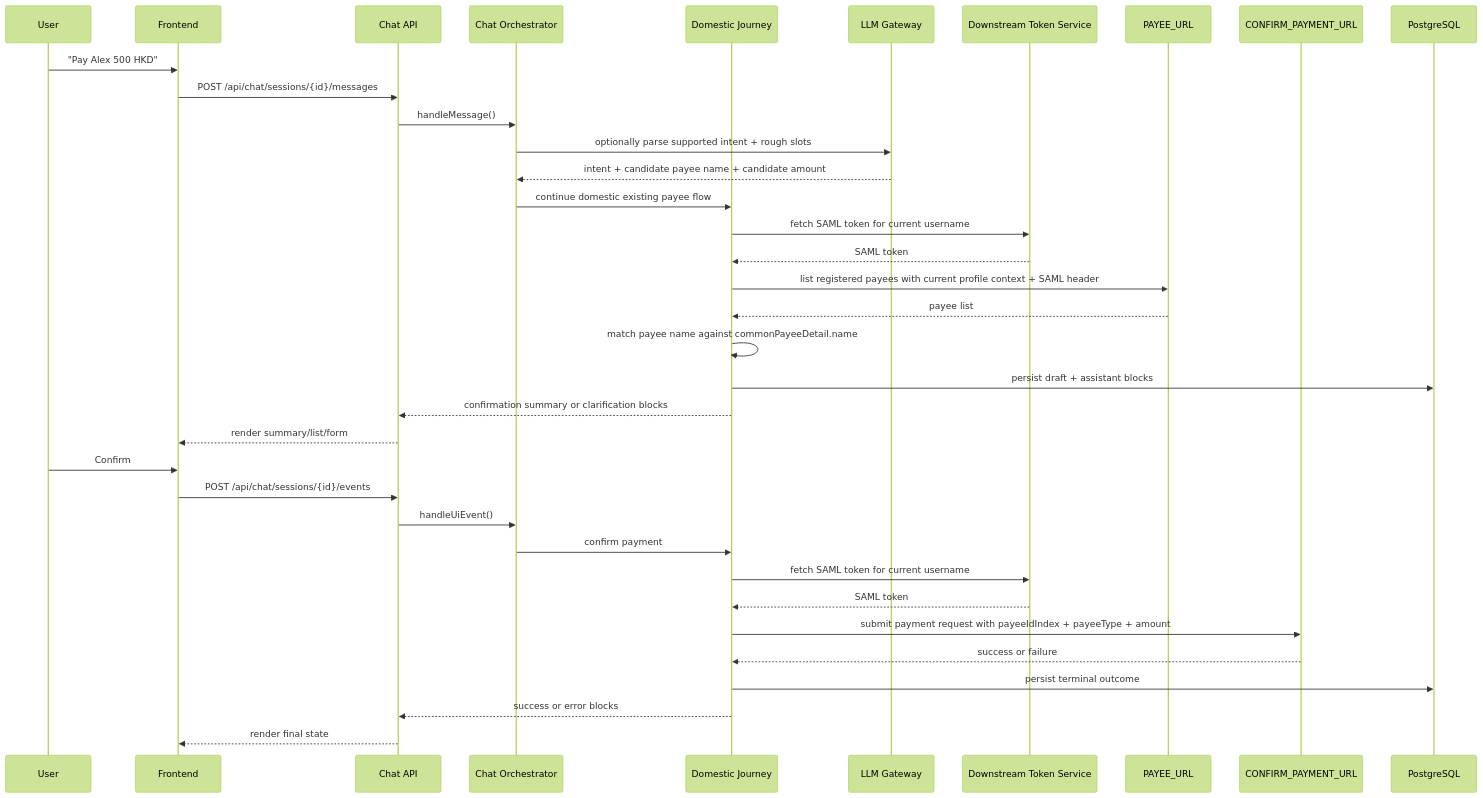
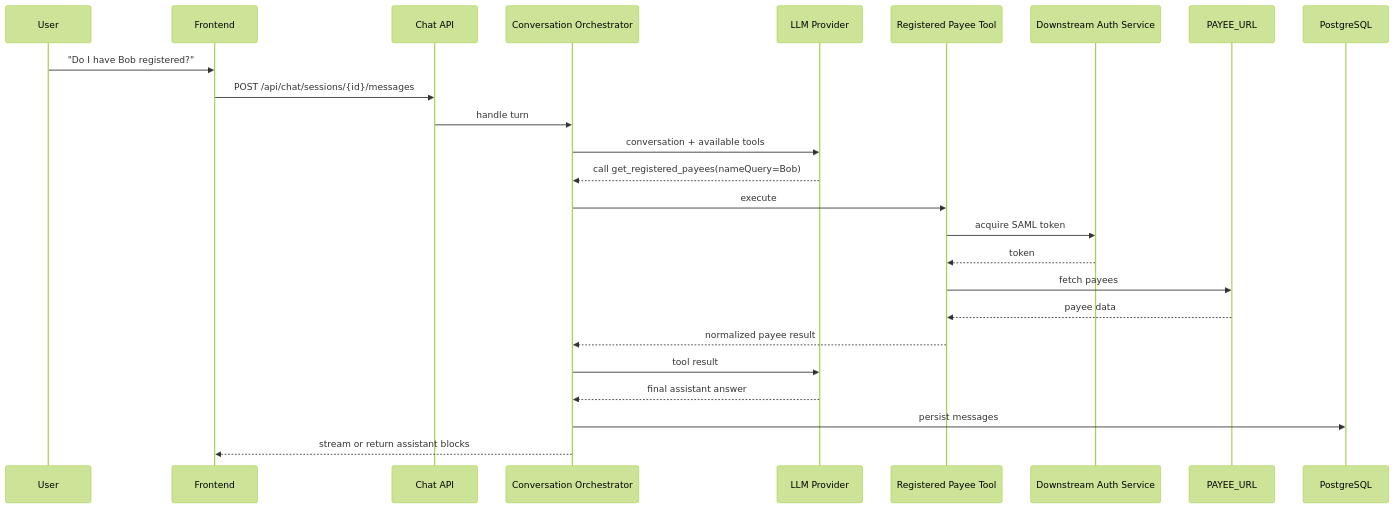
The third of 4 diagrams in docs/01-system_design.md (VictorZhong/chat2pay), drawn with Mermaid (forest theme) before and after one commit. The commit also changed other lines of this file and 10 other files, not shown here.

````diff
--- a/docs/01-system_design.md
+++ b/docs/01-system_design.md
@@ -393,41 +411,28 @@
 ```mermaid
 sequenceDiagram
     participant U as User
     participant FE as Frontend
     participant API as Chat API
-    participant ORC as Chat Orchestrator
-    participant J as Domestic Journey
-    participant LLM as LLM Gateway
-    participant AUTH as Downstream Token Service
+    participant ORC as Conversation Orchestrator
+    participant LLM as LLM Provider
+    participant TOOL as Registered Payee Tool
+    participant AUTH as Downstream Auth Service
     participant PAYEE as PAYEE_URL
-    participant CONFIRM as CONFIRM_PAYMENT_URL
     participant DB as PostgreSQL
 
-    U->>FE: "Pay Alex 500 HKD"
+    U->>FE: "Do I have Bob registered?"
     FE->>API: POST /api/chat/sessions/{id}/messages
-    API->>ORC: handleMessage()
-    ORC->>LLM: optionally parse supported intent + rough slots
-    LLM-->>ORC: intent + candidate payee name + candidate amount
-    ORC->>J: continue domestic existing payee flow
-
-    J->>AUTH: fetch SAML token for current username
-    AUTH-->>J: SAML token
-    J->>PAYEE: list registered payees with current profile context + SAML header
-    PAYEE-->>J: payee list
-    J->>J: match payee name against commonPayeeDetail.name
-    J->>DB: persist draft + assistant blocks
-    J-->>API: confirmation summary or clarification blocks
-    API-->>FE: render summary/list/form
-
-    U->>FE: Confirm
-    FE->>API: POST /api/chat/sessions/{id}/events
-    API->>ORC: handleUiEvent()
-    ORC->>J: confirm payment
-    J->>AUTH: fetch SAML token for current username
-    AUTH-->>J: SAML token
-    J->>CONFIRM: submit payment request with payeeIdIndex + payeeType + amount
-    CONFIRM-->>J: success or failure
-    J->>DB: persist terminal outcome
-    J-->>API: success or error blocks
-    API-->>FE: render final state
+    API->>ORC: handle turn
+    ORC->>LLM: conversation + available tools
+    LLM-->>ORC: call get_registered_payees(nameQuery=Bob)
+    ORC->>TOOL: execute
+    TOOL->>AUTH: acquire SAML token
+    AUTH-->>TOOL: token
+    TOOL->>PAYEE: fetch payees
+    PAYEE-->>TOOL: payee data
+    TOOL-->>ORC: normalized payee result
+    ORC->>LLM: tool result
+    LLM-->>ORC: final assistant answer
+    ORC->>DB: persist messages
+    ORC-->>FE: stream or return assistant blocks
 ```
````
